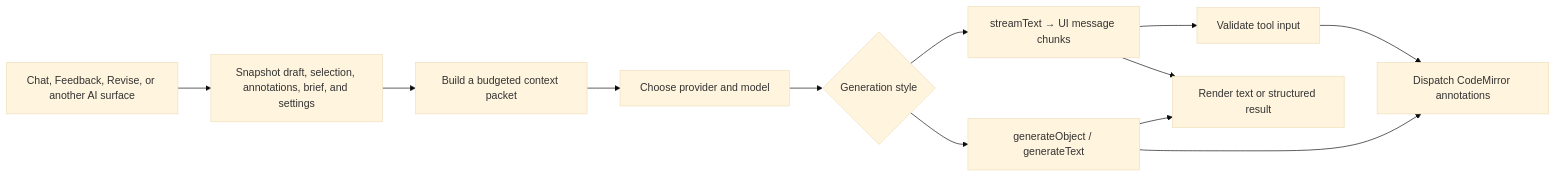
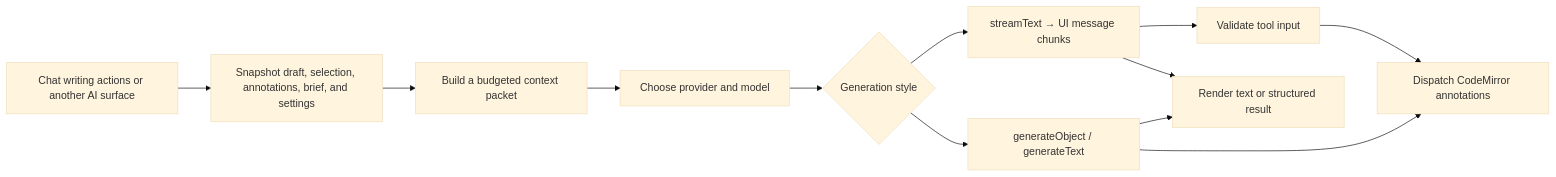
One commit to ThatXliner/Quillium changed the diagram in docs/ai-sidebar.md. Above: the diagram before and after it, drawn with Mermaid (base theme). The commit also changed other lines of this file and 33 other files, not shown here.

Commit message:
feat(ai): unify writing conversations and improve chat experience

````diff
--- a/docs/ai-sidebar.md
+++ b/docs/ai-sidebar.md
@@ -15,19 +15,19 @@
 ```mermaid
 flowchart LR
-    UI["Chat, Feedback, Revise, or another AI surface"]
+    UI["Chat writing actions or another AI surface"]
     Snapshot["Snapshot draft, selection, annotations, brief, and settings"]
     Context["Build a budgeted context packet"]
     Transport["Choose provider and model"]
     Generate{"Generation style"}
     Stream["streamText → UI message chunks"]
     Structured["generateObject / generateText"]
     Tools["Validate tool input"]
     Editor["Dispatch CodeMirror annotations"]
     Display["Render text or structured result"]
 
     UI --> Snapshot --> Context --> Transport --> Generate
     Generate --> Stream --> Display
     Stream --> Tools --> Editor
     Generate --> Structured --> Display
     Structured --> Editor
 ```
````
